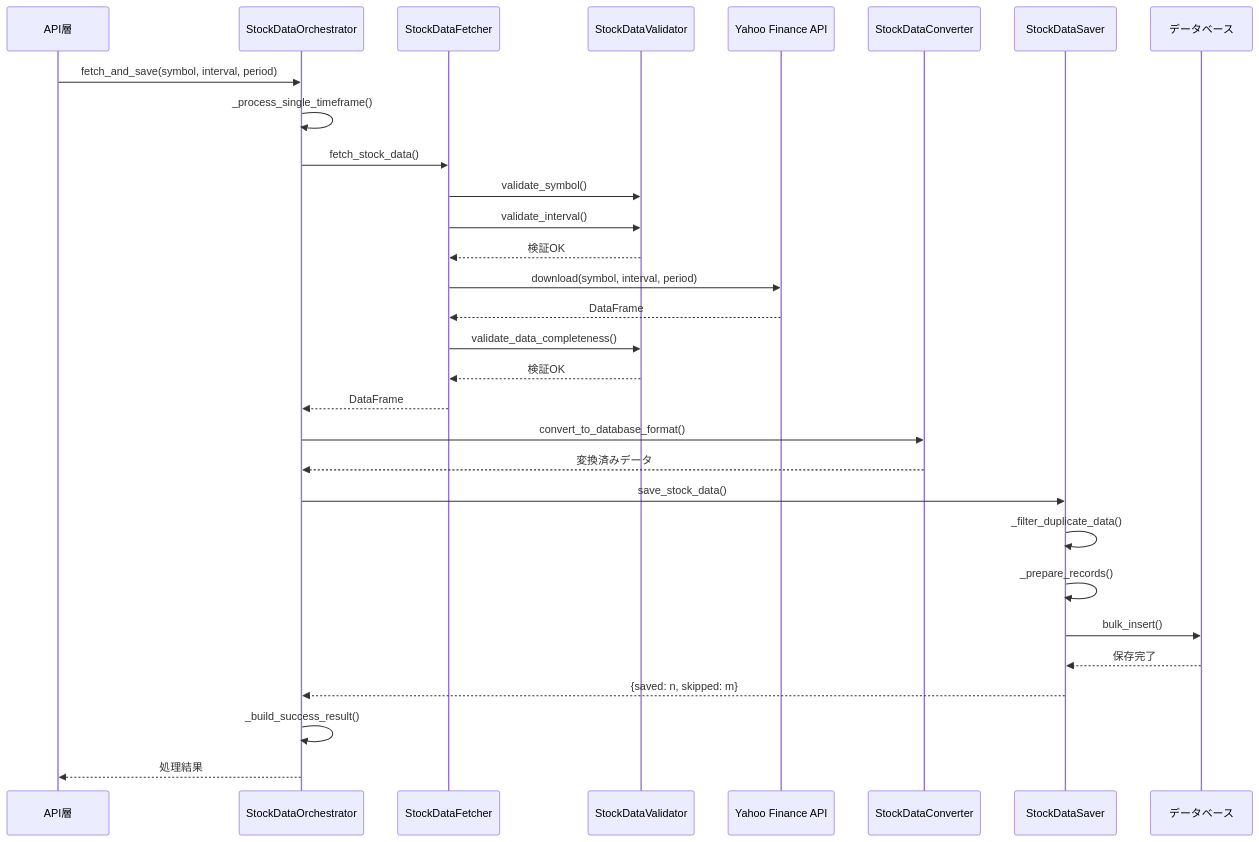
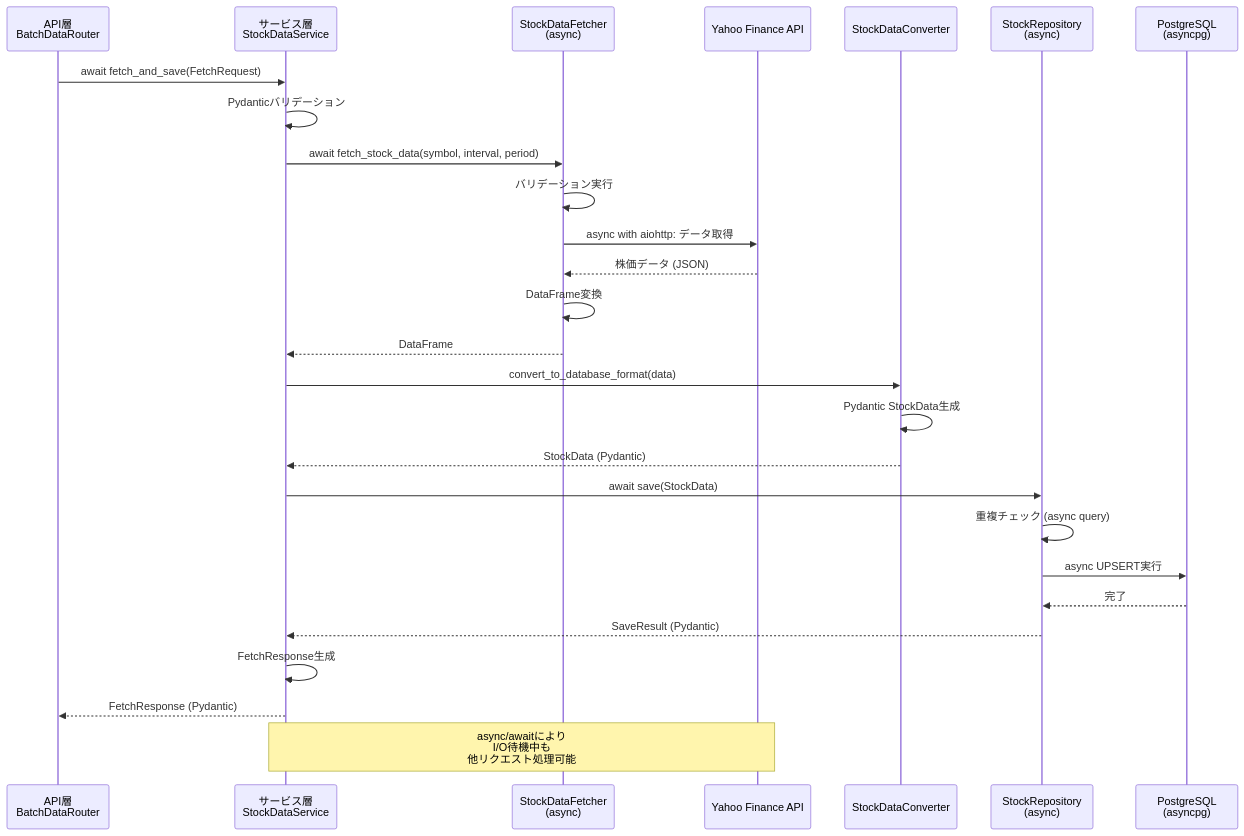
The seventh of 9 diagrams in docs/architecture/layers/service_layer.md (TIMMY-WEST/STOCK-INVESTMENT-ANALYZER), drawn with Mermaid before and after one commit. The commit also changed other lines of this file and 2 other files, not shown here.

````diff
--- a/docs/architecture/layers/service_layer.md
+++ b/docs/architecture/layers/service_layer.md
@@ -299,39 +598,37 @@
 ```mermaid
 sequenceDiagram
-    participant API as API層
-    participant Orch as StockDataOrchestrator
-    participant Fetcher as StockDataFetcher
-    participant Valid as StockDataValidator
-    participant YF as Yahoo Finance API
-    participant Conv as StockDataConverter
-    participant Saver as StockDataSaver
-    participant DB as データベース
+    participant API as API層<br/>BatchDataRouter
+    participant Service as サービス層<br/>StockDataService
+    participant Fetcher as StockDataFetcher<br/>(async)
+    participant YFinance as Yahoo Finance API
+    participant Converter as StockDataConverter
+    participant Repo as StockRepository<br/>(async)
+    participant DB as PostgreSQL<br/>(asyncpg)
 
-    API->>Orch: fetch_and_save(symbol, interval, period)
-    Orch->>Orch: _process_single_timeframe()
+    API->>Service: await fetch_and_save(FetchRequest)
 
-    Orch->>Fetcher: fetch_stock_data()
-    Fetcher->>Valid: validate_symbol()
-    Fetcher->>Valid: validate_interval()
-    Valid-->>Fetcher: 検証OK
+    Service->>Service: Pydanticバリデーション
+    Service->>Fetcher: await fetch_stock_data(symbol, interval, period)
 
-    Fetcher->>YF: download(symbol, interval, period)
-    YF-->>Fetcher: DataFrame
+    Fetcher->>Fetcher: バリデーション実行
+    Fetcher->>YFinance: async with aiohttp: データ取得
+    YFinance-->>Fetcher: 株価データ (JSON)
 
-    Fetcher->>Valid: validate_data_completeness()
-    Valid-->>Fetcher: 検証OK
-    Fetcher-->>Orch: DataFrame
+    Fetcher->>Fetcher: DataFrame変換
+    Fetcher-->>Service: DataFrame
 
-    Orch->>Conv: convert_to_database_format()
-    Conv-->>Orch: 変換済みデータ
+    Service->>Converter: convert_to_database_format(data)
+    Converter->>Converter: Pydantic StockData生成
+    Converter-->>Service: StockData (Pydantic)
 
-    Orch->>Saver: save_stock_data()
-    Saver->>Saver: _filter_duplicate_data()
-    Saver->>Saver: _prepare_records()
-    Saver->>DB: bulk_insert()
-    DB-->>Saver: 保存完了
-    Saver-->>Orch: {saved: n, skipped: m}
+    Service->>Repo: await save(StockData)
+    Repo->>Repo: 重複チェック (async query)
+    Repo->>DB: async UPSERT実行
+    DB-->>Repo: 完了
+    Repo-->>Service: SaveResult (Pydantic)
 
-    Orch->>Orch: _build_success_result()
-    Orch-->>API: 処理結果
+    Service->>Service: FetchResponse生成
+    Service-->>API: FetchResponse (Pydantic)
+
+    Note over Service,YFinance: async/awaitにより<br/>I/O待機中も<br/>他リクエスト処理可能
 ```
````
